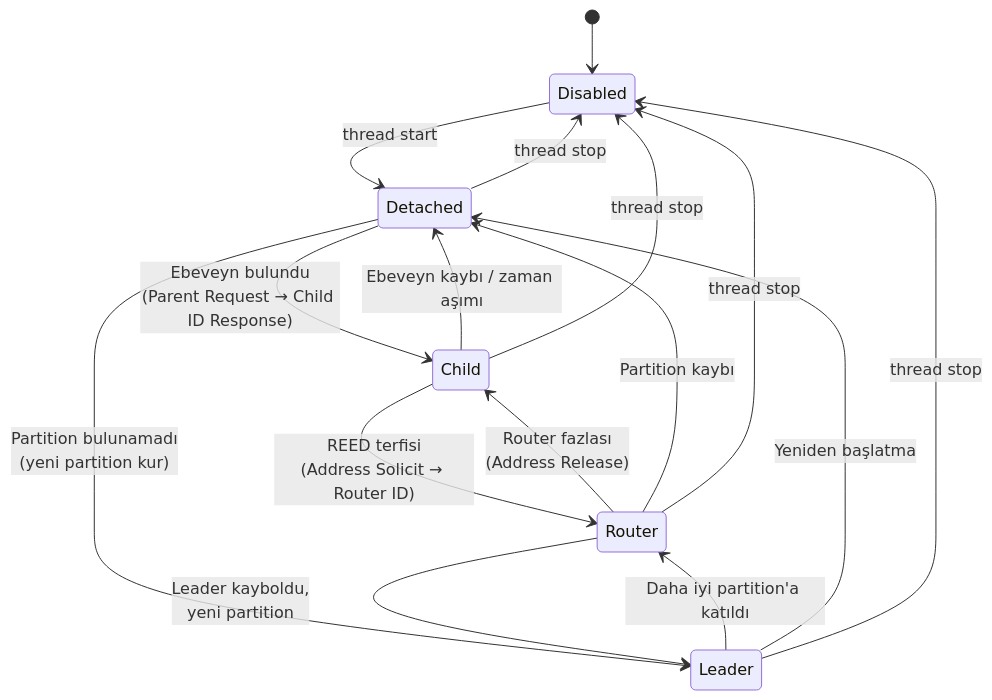
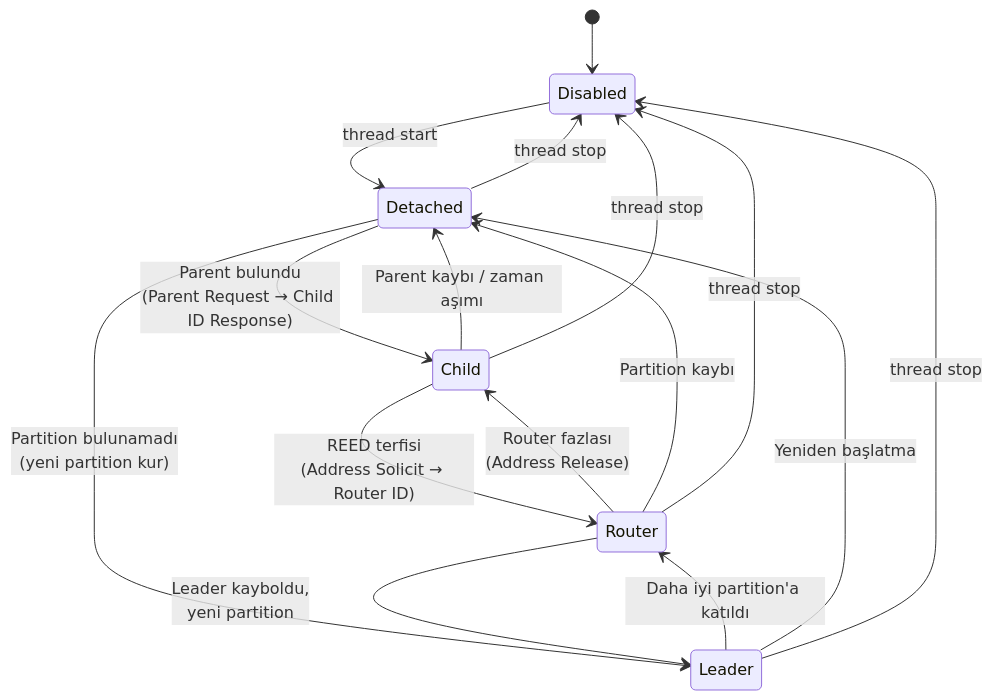
One commit to Berkancelik/thread-architecture changed the diagram in bolumler/07-roller.md. Above: the diagram before and after it, drawn with Mermaid. The commit also changed other lines of this file and 31 other files, not shown here.

````diff
--- a/bolumler/07-roller.md
+++ b/bolumler/07-roller.md
@@ -64,18 +64,18 @@
 ```mermaid
 stateDiagram-v2
     [*] --> Disabled
     Disabled --> Detached: thread start
-    Detached --> Child: Ebeveyn bulundu<br/>(Parent Request → Child ID Response)
+    Detached --> Child: Parent bulundu<br/>(Parent Request → Child ID Response)
     Detached --> Leader: Partition bulunamadı<br/>(yeni partition kur)
     Child --> Router: REED terfisi<br/>(Address Solicit → Router ID)
     Router --> Child: Router fazlası<br/>(Address Release)
     Router --> Leader: Leader kayboldu,<br/>yeni partition
     Leader --> Router: Daha iyi partition'a katıldı
-    Child --> Detached: Ebeveyn kaybı / zaman aşımı
+    Child --> Detached: Parent kaybı / zaman aşımı
     Router --> Detached: Partition kaybı
     Leader --> Detached: Yeniden başlatma
     Detached --> Disabled: thread stop
     Child --> Disabled: thread stop
     Router --> Disabled: thread stop
     Leader --> Disabled: thread stop
 ```
````
